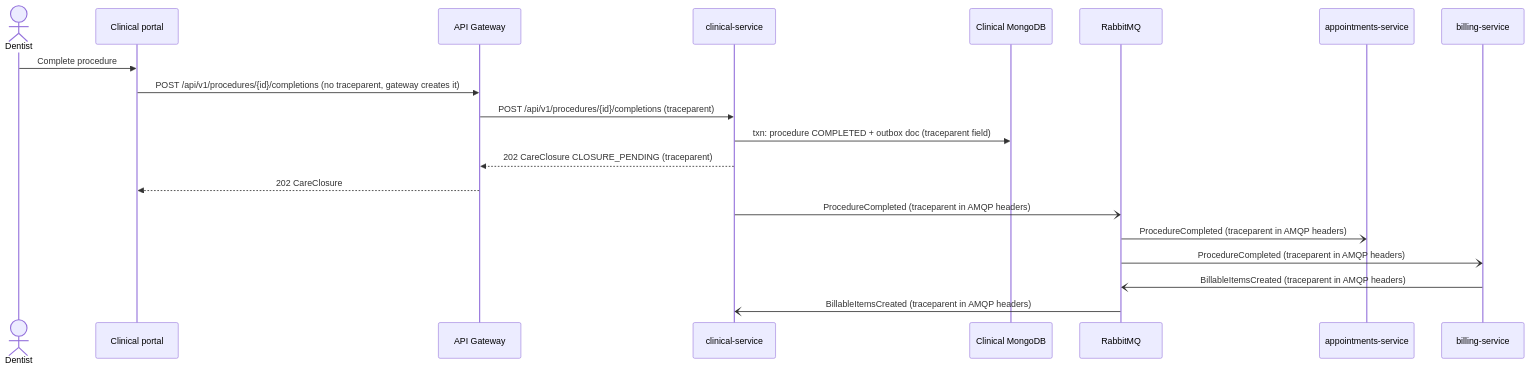
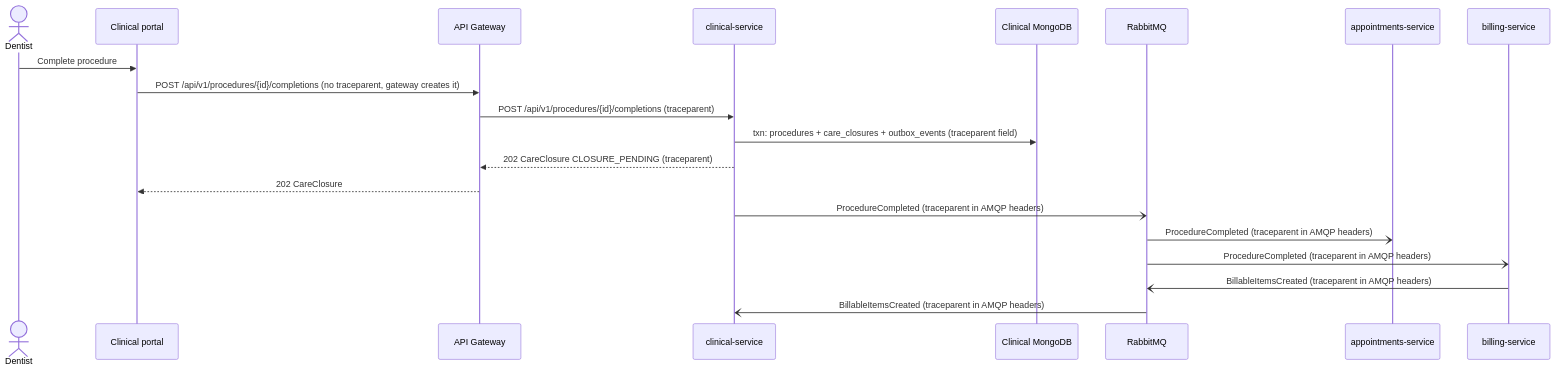
Before and after one commit to LuisBonilla2260/sistemas-distribuidos-2026-b-g2: the diagram in 11-week/workshop/01-journey.md, drawn with Mermaid. The commit also changed other lines of this file, not shown here.

````diff
--- a/11-week/workshop/01-journey.md
+++ b/11-week/workshop/01-journey.md
@@ -34,22 +34,22 @@
 ```mermaid
 sequenceDiagram
   actor D as Dentist
   participant P as Clinical portal
   participant GW as API Gateway
   participant CS as clinical-service
   participant DB as Clinical MongoDB
   participant MQ as RabbitMQ
   participant AP as appointments-service
   participant BI as billing-service
   D->>P: Complete procedure
   P->>GW: POST /api/v1/procedures/{id}/completions (no traceparent, gateway creates it)
   GW->>CS: POST /api/v1/procedures/{id}/completions (traceparent)
-  CS->>DB: txn: procedure COMPLETED + outbox doc (traceparent field)
+  CS->>DB: txn: procedures + care_closures + outbox_events (traceparent field)
   CS-->>GW: 202 CareClosure CLOSURE_PENDING (traceparent)
   GW-->>P: 202 CareClosure
   CS-)MQ: ProcedureCompleted (traceparent in AMQP headers)
   MQ-)AP: ProcedureCompleted (traceparent in AMQP headers)
   MQ-)BI: ProcedureCompleted (traceparent in AMQP headers)
   BI-)MQ: BillableItemsCreated (traceparent in AMQP headers)
   MQ-)CS: BillableItemsCreated (traceparent in AMQP headers)
 ```
````
